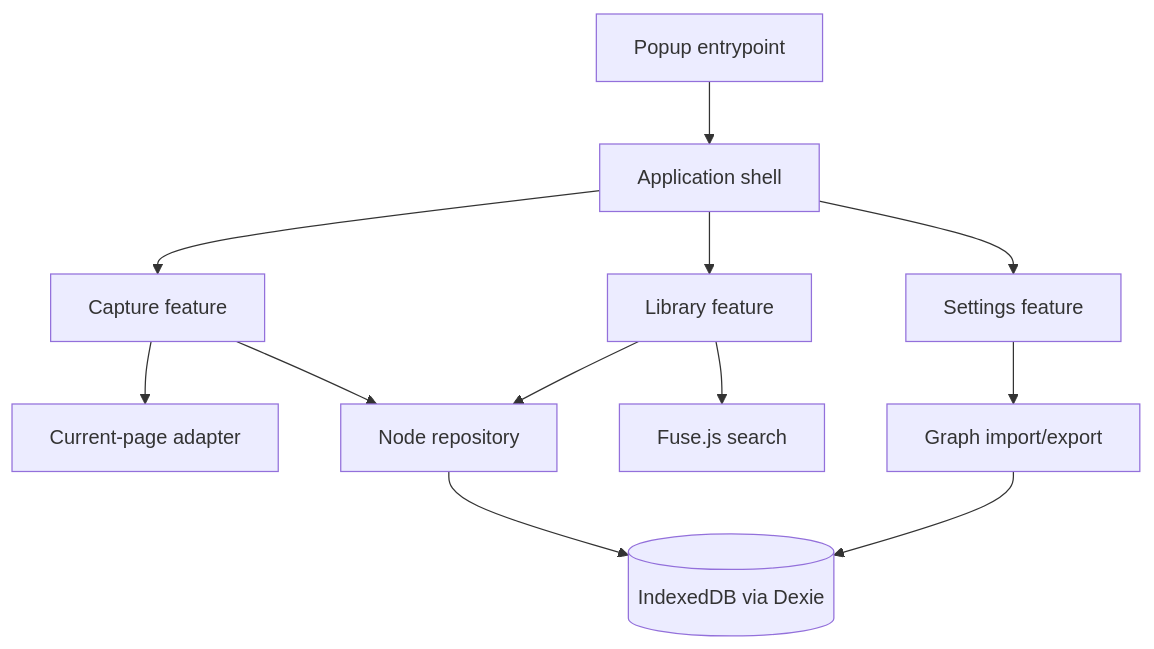
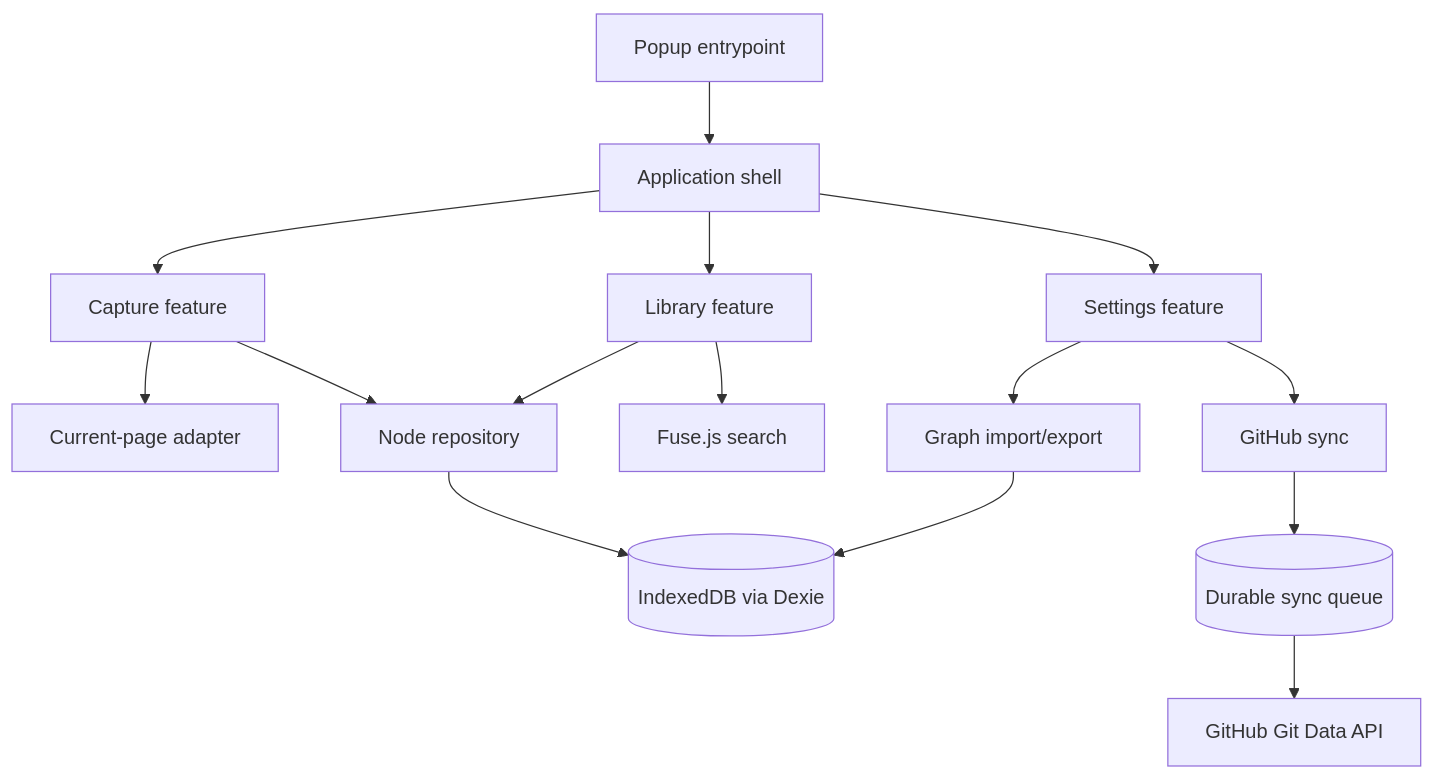
Before and after one commit to NayanSayaji/knowledge-graph: the diagram in docs/architecture/overview.md, drawn with Mermaid. The commit also changed other lines of this file and 17 other files, not shown here.

Commit message:
feat: rename project to KnowlegeGraph and implement GitHub sync functionality

````diff
--- a/docs/architecture/overview.md
+++ b/docs/architecture/overview.md
@@ -52,14 +52,17 @@
 ```mermaid
 flowchart TD
   Main[Popup entrypoint] --> App[Application shell]
   App --> Capture[Capture feature]
   App --> Library[Library feature]
   App --> Settings[Settings feature]
   Capture --> Browser[Current-page adapter]
   Capture --> Repository[Node repository]
   Library --> Search[Fuse.js search]
   Library --> Repository
   Settings --> Transfer[Graph import/export]
+  Settings --> Sync[GitHub sync]
   Repository --> DB[(IndexedDB via Dexie)]
   Transfer --> DB
+  Sync --> Queue[(Durable sync queue)]
+  Queue --> GitHub[GitHub Git Data API]
 ```
````
